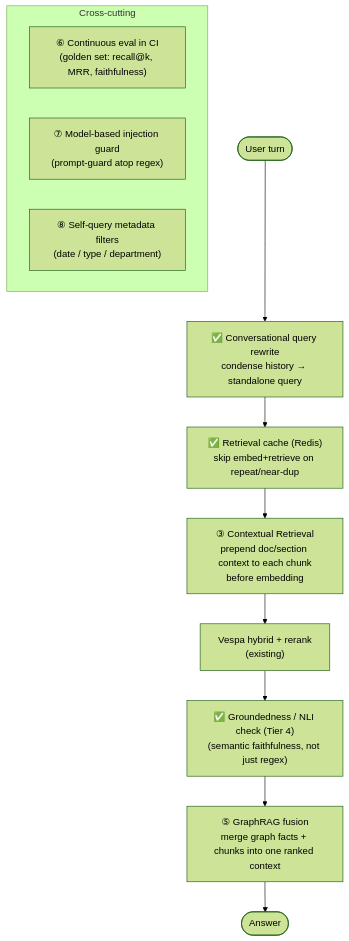
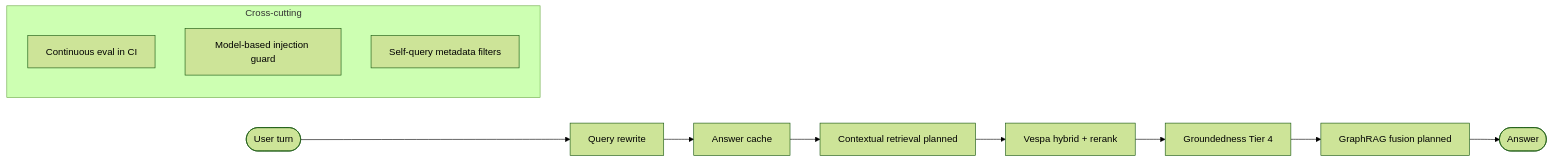
Before and after one commit to Novatech240/Agentic_RAG_backend: the eighth of 8 diagrams in README.md, drawn with Mermaid (forest theme). The commit also changed other lines of this file, not shown here.

````diff
--- a/README.md
+++ b/README.md
@@ -270,16 +337,16 @@
 ```mermaid
-graph TD
-    Q([User turn]) --> R1["✅ Conversational query rewrite<br/>condense history → standalone query"]
-    R1 --> R2["✅ Retrieval cache (Redis)<br/>skip embed+retrieve on repeat/near-dup"]
-    R2 --> R3["③ Contextual Retrieval<br/>prepend doc/section context to each chunk<br/>before embedding"]
-    R3 --> R4["Vespa hybrid + rerank<br/>(existing)"]
-    R4 --> R5["✅ Groundedness / NLI check (Tier 4)<br/>(semantic faithfulness, not just regex)"]
-    R5 --> R6["⑤ GraphRAG fusion<br/>merge graph facts + chunks into one ranked context"]
+flowchart LR
+    Q([User turn]) --> R1[Query rewrite]
+    R1 --> R2[Answer cache]
+    R2 --> R3[Contextual retrieval planned]
+    R3 --> R4[Vespa hybrid + rerank]
+    R4 --> R5[Groundedness Tier 4]
+    R5 --> R6[GraphRAG fusion planned]
     R6 --> A([Answer])
 
     subgraph Cross-cutting
-        E["⑥ Continuous eval in CI<br/>(golden set: recall@k, MRR, faithfulness)"]
-        S["⑦ Model-based injection guard<br/>(prompt-guard atop regex)"]
-        M["⑧ Self-query metadata filters<br/>(date / type / department)"]
+        E[Continuous eval in CI]
+        S[Model-based injection guard]
+        M[Self-query metadata filters]
     end
 ```
````
